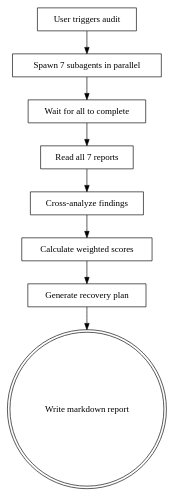
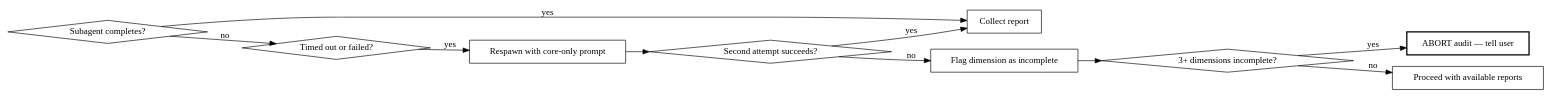
The diagram in .opencode/skills/product-audit/SKILL.md (Omar-MD/QuranAtlas), drawn with Graphviz before and after one commit. The commit also changed other lines of this file and 3 other files, not shown here.

````diff
--- a/.opencode/skills/product-audit/SKILL.md
+++ b/.opencode/skills/product-audit/SKILL.md
@@ -34,20 +65,24 @@
 ```dot
-digraph audit_flow {
-    "User triggers audit" [shape=box];
-    "Spawn 7 subagents in parallel" [shape=box];
-    "Wait for all to complete" [shape=box];
-    "Read all 7 reports" [shape=box];
-    "Cross-analyze findings" [shape=box];
-    "Calculate weighted scores" [shape=box];
-    "Generate recovery plan" [shape=box];
-    "Write markdown report" [shape=doublecircle];
+digraph failure_recovery {
+    rankdir=LR;
+    "Subagent completes?" [shape=diamond];
+    "Collect report" [shape=box];
+    "Timed out or failed?" [shape=diamond];
+    "Respawn with core-only prompt" [shape=box];
+    "Second attempt succeeds?" [shape=diamond];
+    "Flag dimension as incomplete" [shape=box];
+    "3+ dimensions incomplete?" [shape=diamond];
+    "ABORT audit — tell user" [shape=box, style=bold];
+    "Proceed with available reports" [shape=box];
 
-    "User triggers audit" -> "Spawn 7 subagents in parallel";
-    "Spawn 7 subagents in parallel" -> "Wait for all to complete";
-    "Wait for all to complete" -> "Read all 7 reports";
-    "Read all 7 reports" -> "Cross-analyze findings";
-    "Cross-analyze findings" -> "Calculate weighted scores";
-    "Calculate weighted scores" -> "Generate recovery plan";
-    "Generate recovery plan" -> "Write markdown report";
+    "Subagent completes?" -> "Collect report" [label="yes"];
+    "Subagent completes?" -> "Timed out or failed?" [label="no"];
+    "Timed out or failed?" -> "Respawn with core-only prompt" [label="yes"];
+    "Respawn with core-only prompt" -> "Second attempt succeeds?";
+    "Second attempt succeeds?" -> "Collect report" [label="yes"];
+    "Second attempt succeeds?" -> "Flag dimension as incomplete" [label="no"];
+    "Flag dimension as incomplete" -> "3+ dimensions incomplete?";
+    "3+ dimensions incomplete?" -> "ABORT audit — tell user" [label="yes"];
+    "3+ dimensions incomplete?" -> "Proceed with available reports" [label="no"];
 }
 ```
````
